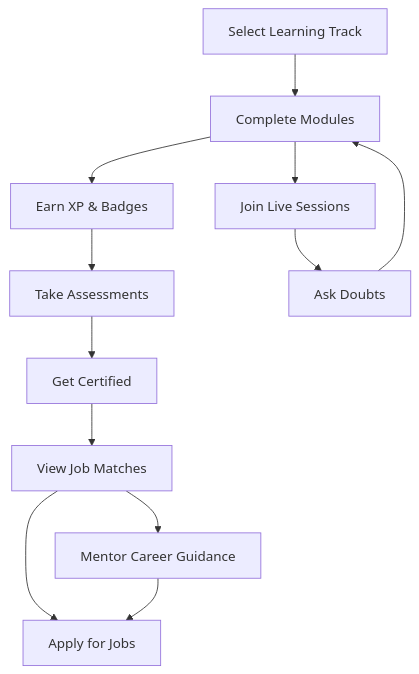
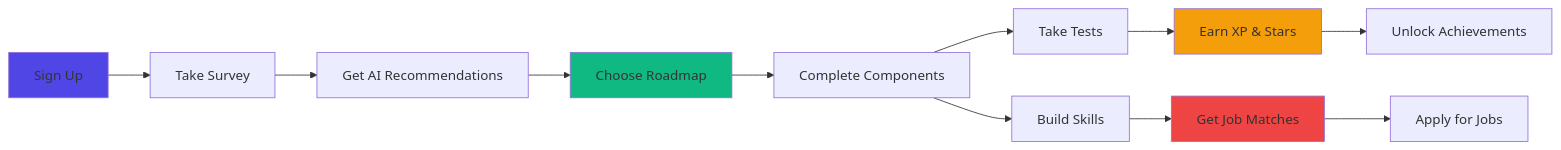
One commit to VickyKumarOfficial/Arcade-Learn changed the diagram in README.md. Above: the diagram before and after it, drawn with Mermaid. The commit also changed other lines of this file and 3 other files, not shown here.

````diff
--- a/README.md
+++ b/README.md
@@ -164,15 +121,18 @@
 ```mermaid
-graph TD
-    A[Select Learning Track] --> B[Complete Modules]
-    B --> C[Earn XP & Badges]
-    C --> D[Take Assessments]
-    D --> E[Get Certified]
-    E --> F[View Job Matches]
-    F --> G[Apply for Jobs]
-    F --> J[Mentor Career Guidance]
-    J --> G
+graph LR
+    A[Sign Up] --> B[Take Survey]
+    B --> C[Get AI Recommendations]
+    C --> D[Choose Roadmap]
+    D --> E[Complete Components]
+    E --> F[Take Tests]
+    F --> G[Earn XP & Stars]
+    G --> H[Unlock Achievements]
+    E --> I[Build Skills]
+    I --> J[Get Job Matches]
+    J --> K[Apply for Jobs]
     
-    B --> H[Join Live Sessions]
-    H --> I[Ask Doubts]
-    I --> B
+    style A fill:#4F46E5
+    style D fill:#10B981
+    style G fill:#F59E0B
+    style J fill:#EF4444
 ```
````
